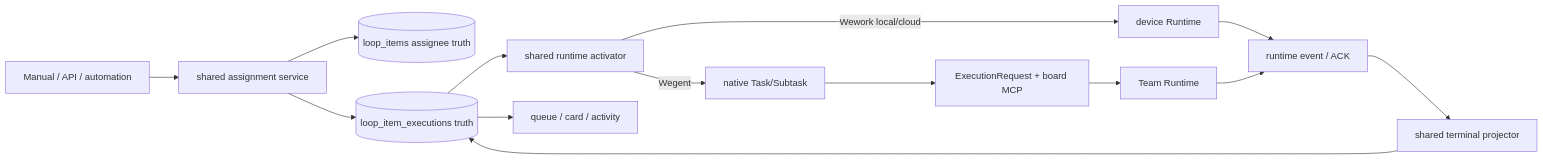
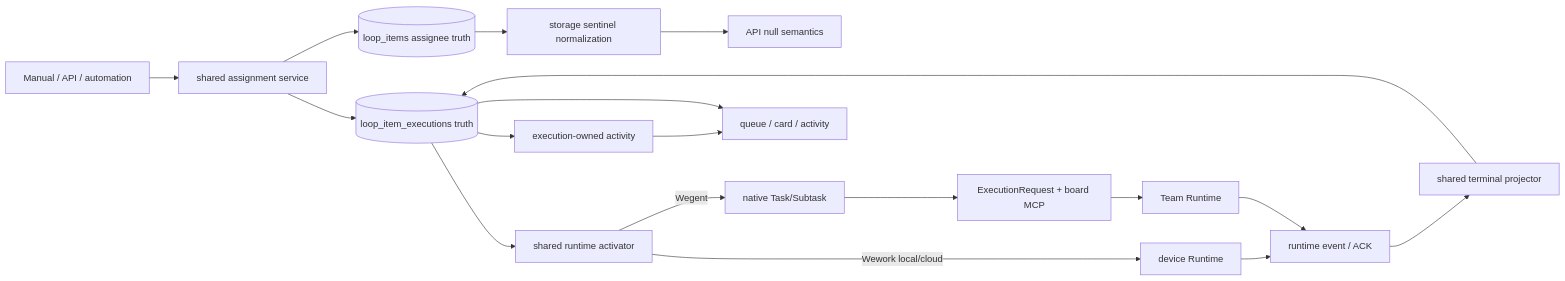
Before and after one commit to wecode-ai/wegent-docs: the first of 2 diagrams in docs/architecture/board-automation.md, drawn with Mermaid. The commit also changed other lines of this file and 9 other files, not shown here.

````diff
--- a/docs/architecture/board-automation.md
+++ b/docs/architecture/board-automation.md
@@ -9,16 +9,20 @@
 ```mermaid
 flowchart LR
     ENTRY[Manual / API / automation] --> ASSIGN[shared assignment service]
     ASSIGN --> ITEM[(loop_items assignee truth)]
+    ITEM --> NORMALIZE[storage sentinel normalization]
+    NORMALIZE --> API[API null semantics]
     ASSIGN --> EXEC[(loop_item_executions truth)]
+    EXEC --> ACTIVITY[execution-owned activity]
     EXEC --> ACTIVATE[shared runtime activator]
     ACTIVATE -->|Wework local/cloud| DEVICE[device Runtime]
     ACTIVATE -->|Wegent| TASK[native Task/Subtask]
     TASK --> REQUEST[ExecutionRequest + board MCP]
     REQUEST --> TEAM[Team Runtime]
     DEVICE --> EVENT[runtime event / ACK]
     TEAM --> EVENT
     EVENT --> PROJECT[shared terminal projector]
     PROJECT --> EXEC
-    EXEC --> VIEW[queue / card / activity]
+    ACTIVITY --> VIEW[queue / card / activity]
+    EXEC --> VIEW
 ```
````
